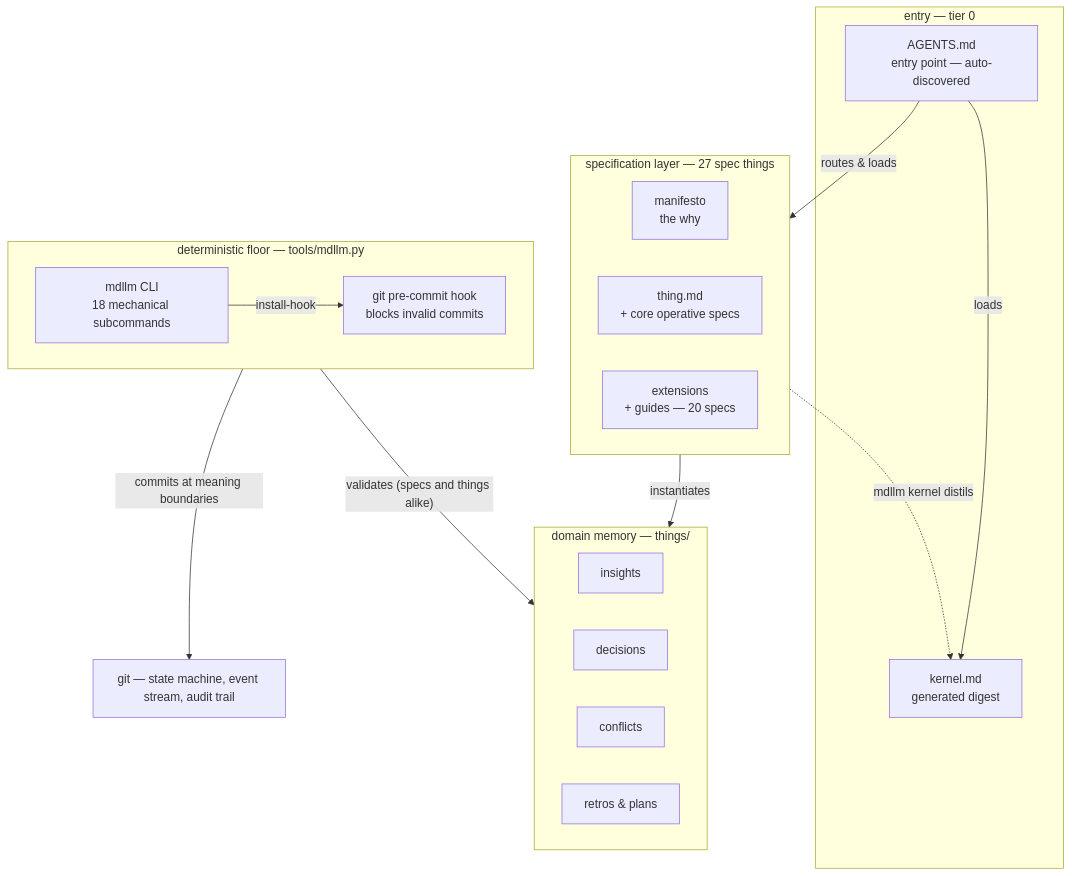
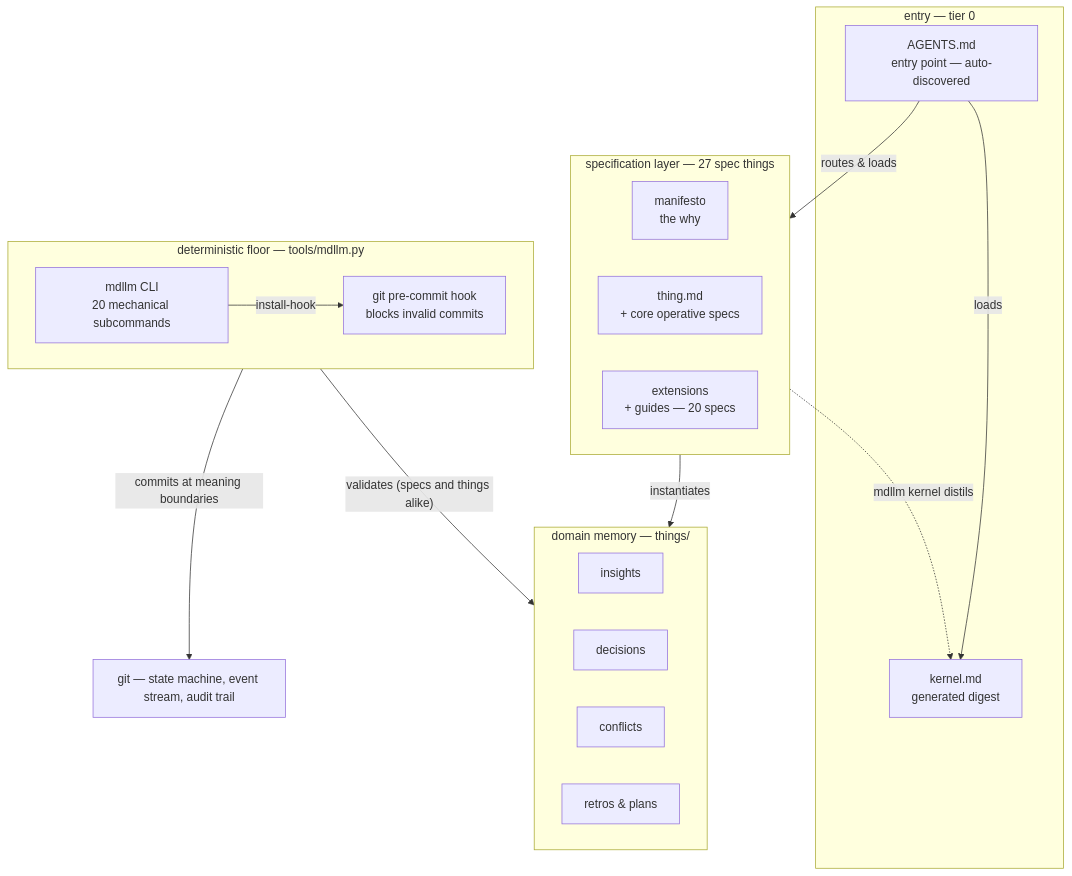
Before and after one commit to JanoshMoshiri/MarkdownLLM: the first of 3 diagrams in docs/framework-map.md, drawn with Mermaid. The commit also changed other lines of this file and 9 other files, not shown here.

````diff
--- a/docs/framework-map.md
+++ b/docs/framework-map.md
@@ -53,31 +53,31 @@
 ```mermaid
 flowchart TD
     subgraph entry ["entry — tier 0"]
         AGENTS["AGENTS.md<br/>entry point — auto-discovered"]
         KERNEL["kernel.md<br/>generated digest"]
     end
     subgraph specs ["specification layer — 27 spec things"]
         MANIFESTO["manifesto<br/>the why"]
         THING["thing.md<br/>+ core operative specs"]
         EXT["extensions<br/>+ guides — 20 specs"]
     end
     subgraph memory ["domain memory — things/"]
         INSIGHTS["insights"]
         DECISIONS["decisions"]
         CONFLICTS["conflicts"]
         RETROS["retros & plans"]
     end
     subgraph floor ["deterministic floor — tools/mdllm.py"]
-        MDLLM["mdllm CLI<br/>18 mechanical subcommands"]
+        MDLLM["mdllm CLI<br/>20 mechanical subcommands"]
         HOOK["git pre-commit hook<br/>blocks invalid commits"]
     end
     GIT["git — state machine, event stream, audit trail"]
 
     AGENTS -->|loads| KERNEL
     AGENTS -->|routes & loads| specs
     specs -.->|"mdllm kernel distils"| KERNEL
     specs -->|instantiates| memory
     MDLLM -->|install-hook| HOOK
     floor -->|"validates (specs and things alike)"| memory
     floor -->|commits at meaning boundaries| GIT
 ```
````
